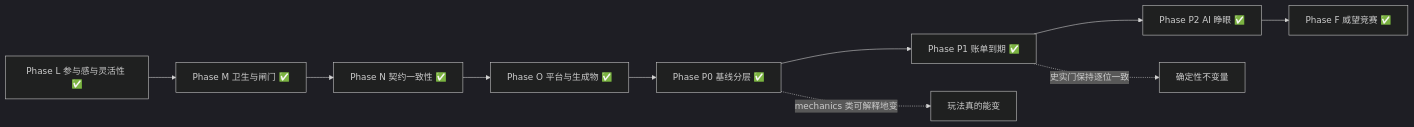
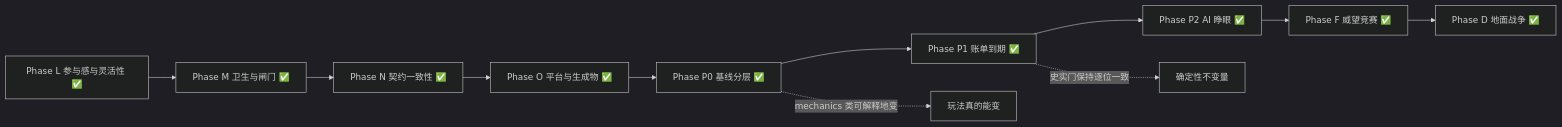
The diagram in docs/ROADMAP.md (reney-0202/a-simple-world-map), drawn with Mermaid (dark theme) before and after one commit. The commit also changed other lines of this file and 16 other files, not shown here.

````diff
--- a/docs/ROADMAP.md
+++ b/docs/ROADMAP.md
@@ -634,12 +738,13 @@
 ```mermaid
 graph LR
   L[Phase L 参与感与灵活性 ✅] --> M[Phase M 卫生与闸门 ✅]
   M --> N[Phase N 契约一致性 ✅]
   N --> O[Phase O 平台与生成物 ✅]
   O --> P0[Phase P0 基线分层 ✅]
   P0 --> P1[Phase P1 账单到期 ✅]
   P1 --> P2[Phase P2 AI 睁眼 ✅]
   P2 --> F[Phase F 威望竞赛 ✅]
+  F --> D[Phase D 地面战争 ✅]
   P1 -.->|史实门保持逐位一致| B1[确定性不变量]
   P0 -.->|mechanics 类可解释地变| B2[玩法真的能变]
 ```
````
